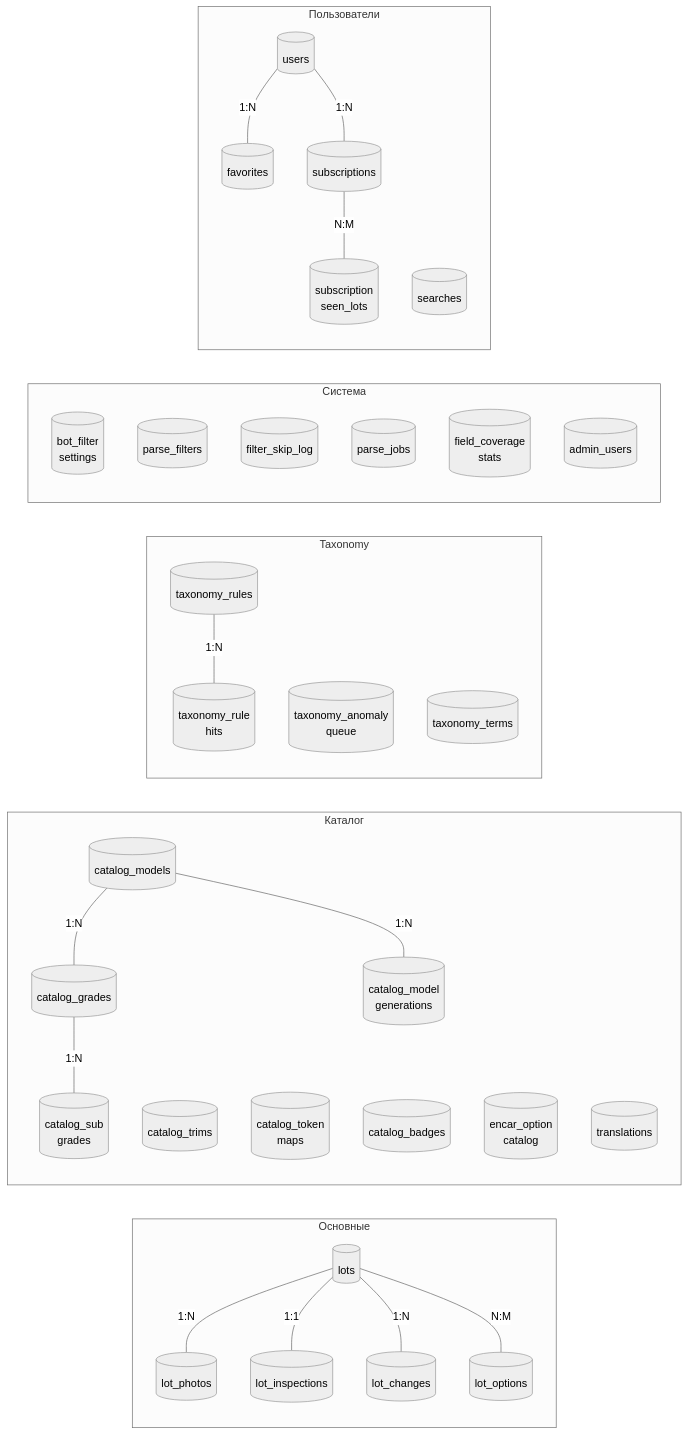
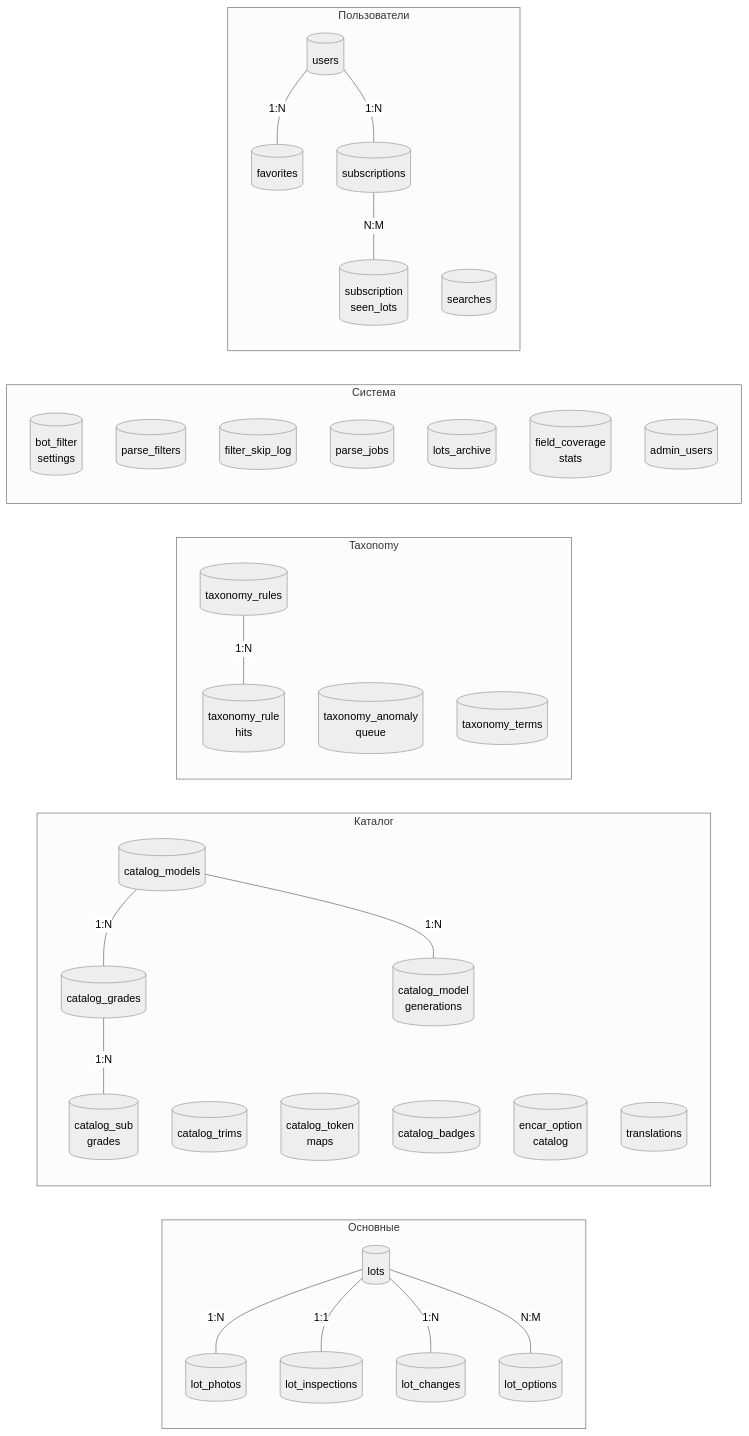
The diagram in docs/03-database.md (ArtyomKoshel/carbotacrchi), drawn with Mermaid (neutral theme) before and after one commit. The commit also changed other lines of this file and 20 other files, not shown here.

First line of the commit message:
feat(lots): run-counted lifecycle — delist unseen lots, archive and purge after 5 runs

````diff
--- a/docs/03-database.md
+++ b/docs/03-database.md
@@ -9,58 +9,59 @@
 ```mermaid
 flowchart LR
     subgraph CORE["Основные"]
         LOTS[(lots)]
         PHOTOS[(lot_photos)]
         INSP[(lot_inspections)]
         CHG[(lot_changes)]
         OPT[(lot_options)]
     end
 
     subgraph CAT["Каталог"]
         CM[(catalog_models)]
         CG[(catalog_grades)]
         CGN[(catalog_model\ngenerations)]
         CT[(catalog_trims)]
         CTM[(catalog_token\nmaps)]
         CSG[(catalog_sub\ngrades)]
         CB[(catalog_badges)]
         EOC[(encar_option\ncatalog)]
         TR[(translations)]
     end
 
     subgraph TAX["Taxonomy"]
         TRU[(taxonomy_rules)]
         TRH[(taxonomy_rule\nhits)]
         TAQ[(taxonomy_anomaly\nqueue)]
         TT[(taxonomy_terms)]
     end
 
     subgraph SYS["Система"]
         BFS[(bot_filter\nsettings)]
         PF[(parse_filters)]
         FSL[(filter_skip_log)]
         PJ[(parse_jobs)]
+        LA[(lots_archive)]
         FCS[(field_coverage\nstats)]
         AU[(admin_users)]
     end
 
     subgraph USR["Пользователи"]
         U[(users)]
         S[(searches)]
         F[(favorites)]
         SUB[(subscriptions)]
         SSL[(subscription\nseen_lots)]
     end
 
     LOTS ---|1:N| PHOTOS
     LOTS ---|1:1| INSP
     LOTS ---|1:N| CHG
     LOTS ---|N:M| OPT
     CM ---|1:N| CG
     CM ---|1:N| CGN
     CG ---|1:N| CSG
     TRU ---|1:N| TRH
     U ---|1:N| F
     U ---|1:N| SUB
     SUB ---|N:M| SSL
 ```
````
